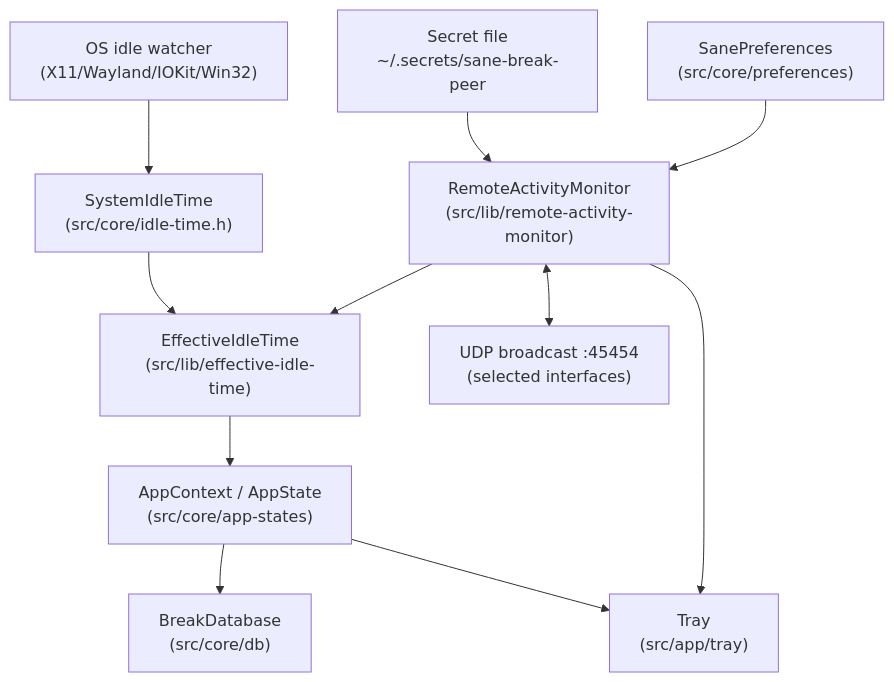
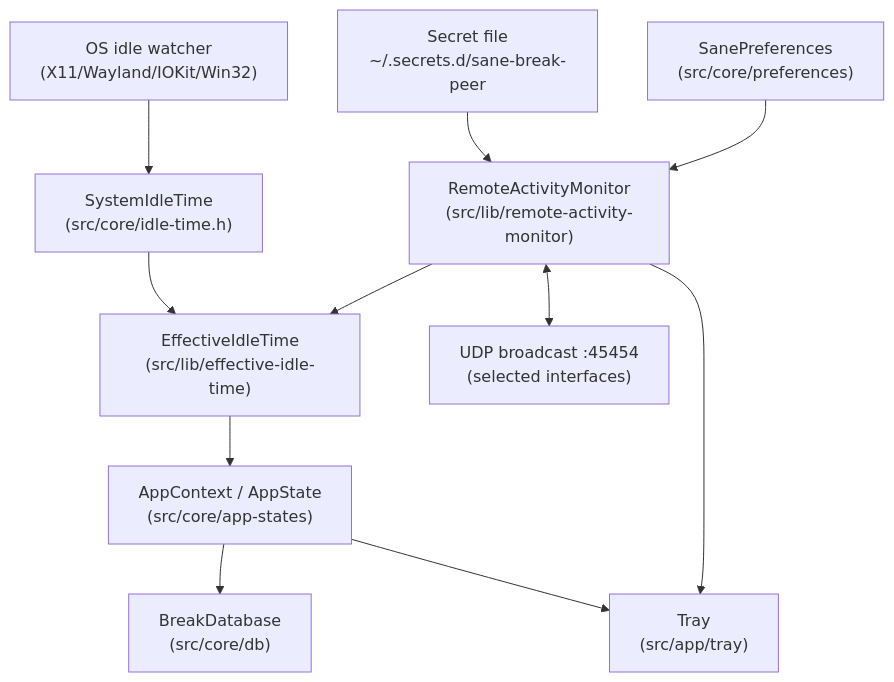
The first of 3 diagrams in docs/specs/cross-machine-activity-fusion/spec.md (slynchDev/sane-break), drawn with Mermaid before and after one commit. The commit also changed other lines of this file and 5 other files, not shown here.

First line of the commit message:
fix(cross-machine-activity-fusion): move default secret path to ~/.secrets.d/sane-break-peer

````diff
--- a/docs/specs/cross-machine-activity-fusion/spec.md
+++ b/docs/specs/cross-machine-activity-fusion/spec.md
@@ -223,24 +223,24 @@
 ```mermaid
 flowchart TD
     OS["OS idle watcher<br/>(X11/Wayland/IOKit/Win32)"]
     ST["SystemIdleTime<br/>(src/core/idle-time.h)"]
     EIT["EffectiveIdleTime<br/>(src/lib/effective-idle-time)"]
     RAM["RemoteActivityMonitor<br/>(src/lib/remote-activity-monitor)"]
     AC["AppContext / AppState<br/>(src/core/app-states)"]
     TRAY["Tray<br/>(src/app/tray)"]
     DB["BreakDatabase<br/>(src/core/db)"]
     NET["UDP broadcast :45454<br/>(selected interfaces)"]
-    SEC["Secret file<br/>~/.secrets/sane-break-peer"]
+    SEC["Secret file<br/>~/.secrets.d/sane-break-peer"]
     PREF["SanePreferences<br/>(src/core/preferences)"]
 
     OS --> ST
     ST --> EIT
     RAM --> EIT
     EIT --> AC
     RAM <--> NET
     SEC --> RAM
     PREF --> RAM
     RAM --> TRAY
     AC --> DB
     AC --> TRAY
 ```
````
